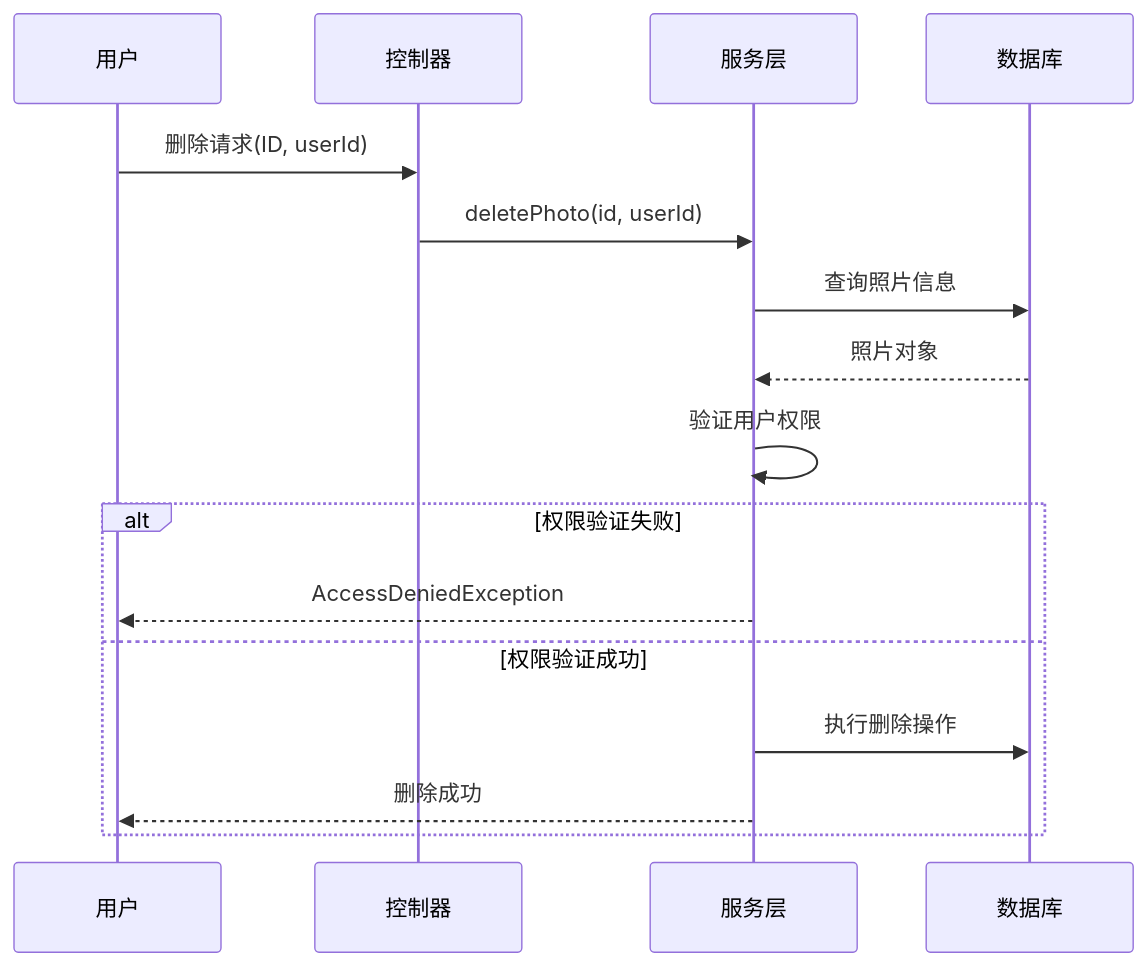
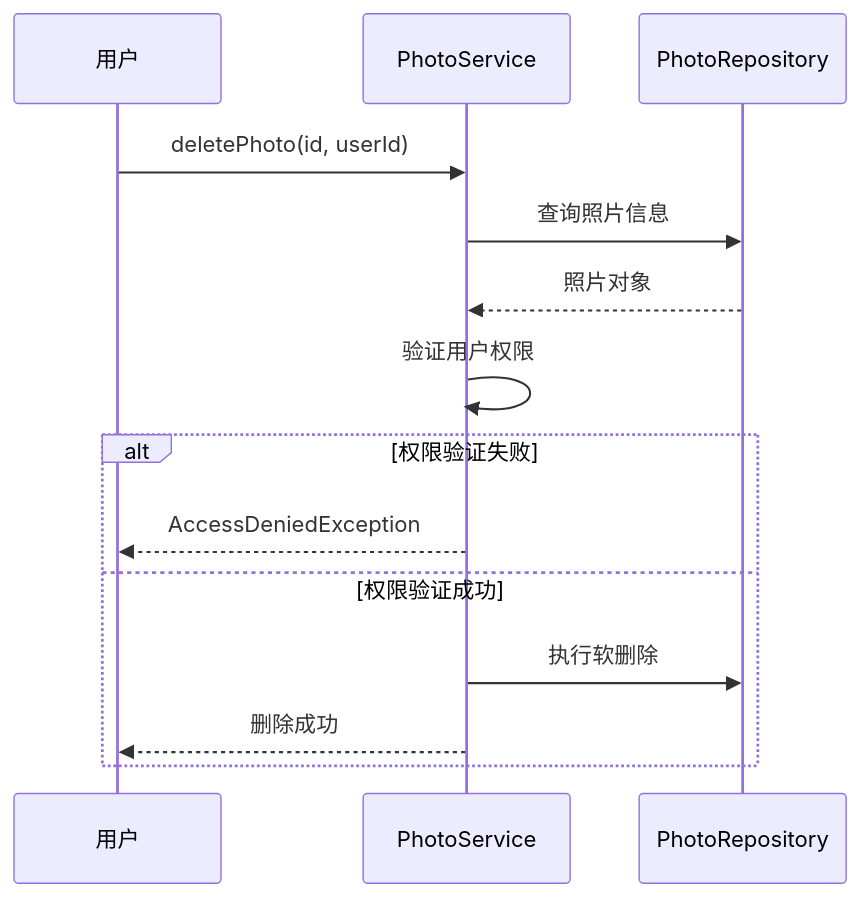
Before and after one commit to QoderZcy/zcyTest2: the eighth of 10 diagrams in .qoder/repowiki/zh/content/安全考虑/安全考虑.md, drawn with Mermaid. The commit also changed other lines of this file and 9 other files, not shown here.

````diff
--- a/.qoder/repowiki/zh/content/安全考虑/安全考虑.md
+++ b/.qoder/repowiki/zh/content/安全考虑/安全考虑.md
@@ -195,18 +274,16 @@
 ```mermaid
 sequenceDiagram
 participant USER as 用户
-participant CONTROLLER as 控制器
-participant SERVICE as 服务层
-participant REPO as 数据库
-USER->>CONTROLLER : 删除请求(ID, userId)
-CONTROLLER->>SERVICE : deletePhoto(id, userId)
+participant SERVICE as PhotoService
+participant REPO as PhotoRepository
+USER->>SERVICE : deletePhoto(id, userId)
 SERVICE->>REPO : 查询照片信息
 REPO-->>SERVICE : 照片对象
 SERVICE->>SERVICE : 验证用户权限
 alt 权限验证失败
 SERVICE-->>USER : AccessDeniedException
 else 权限验证成功
-SERVICE->>REPO : 执行删除操作
+SERVICE->>REPO : 执行软删除
 SERVICE-->>USER : 删除成功
 end
 ```
````
